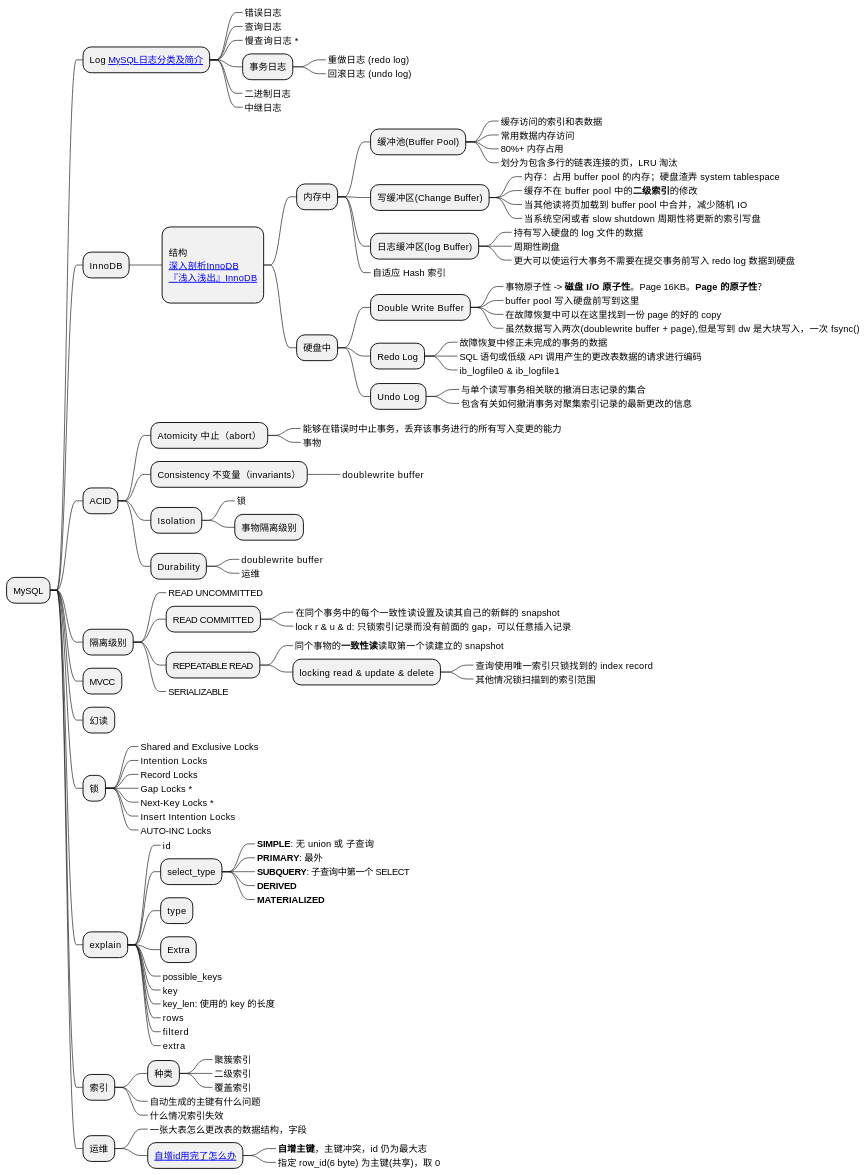
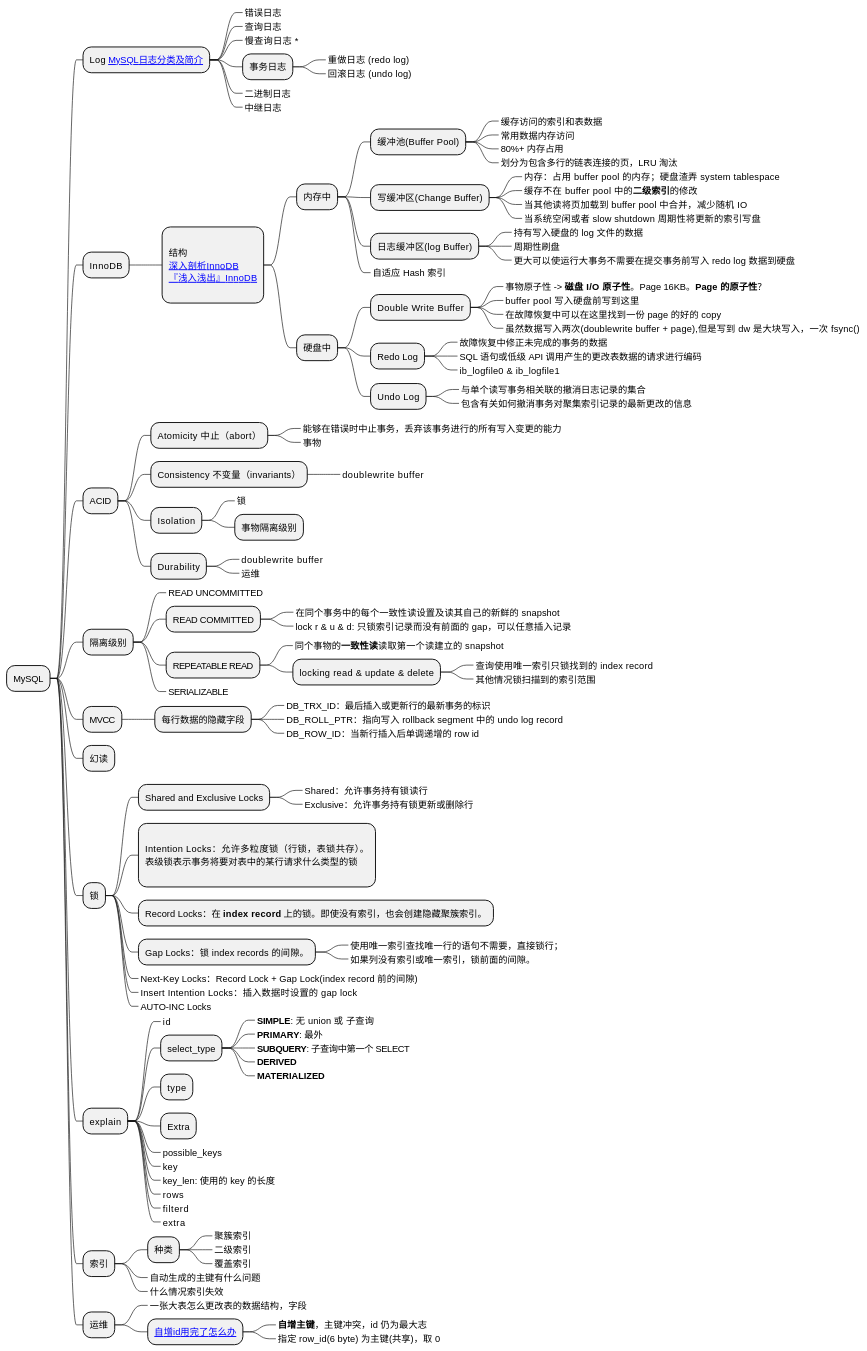
The third of 11 diagrams in _posts/2021-05-27-查漏补缺.md (Gh0st99/Gh0st99.github.io), drawn with PlantUML before and after one commit. The commit also changed other lines of this file and 7 other files, not shown here.

```diff
--- a/_posts/2021-05-27-查漏补缺.md
+++ b/_posts/2021-05-27-查漏补缺.md
@@ -442,16 +456,27 @@
 
 ***_  SERIALIZABLE
 ** MVCC
+*** 每行数据的隐藏字段
+****_ DB_TRX_ID：最后插入或更新行的最新事务的标识
+****_ DB_ROLL_PTR：指向写入 rollback segment 中的 undo log record
+****_ DB_ROW_ID：当新行插入后单调递增的 row id
 ** 幻读
 
 
 ** 锁
-***_ Shared and Exclusive Locks
-***_ Intention Locks
-***_ Record Locks
-***_ Gap Locks *
-***_ Next-Key Locks *
-***_ Insert Intention Locks
+*** Shared and Exclusive Locks
+****_ Shared：允许事务持有锁读行
+****_ Exclusive：允许事务持有锁更新或删除行
+***: 
+Intention Locks：允许多粒度锁（行锁，表锁共存）。
+表级锁表示事务将要对表中的某行请求什么类型的锁
+;
+*** Record Locks：在 **index record** 上的锁。即使没有索引，也会创建隐藏聚簇索引。
+*** Gap Locks：锁 index records 的间隙。
+****_ 使用唯一索引查找唯一行的语句不需要，直接锁行；
+****_ 如果列没有索引或唯一索引，锁前面的间隙。
+***_ Next-Key Locks：Record Lock + Gap Lock(index record 前的间隙)
+***_ Insert Intention Locks：插入数据时设置的 gap lock
 ***_ AUTO-INC Locks
 
 ** explain
```
